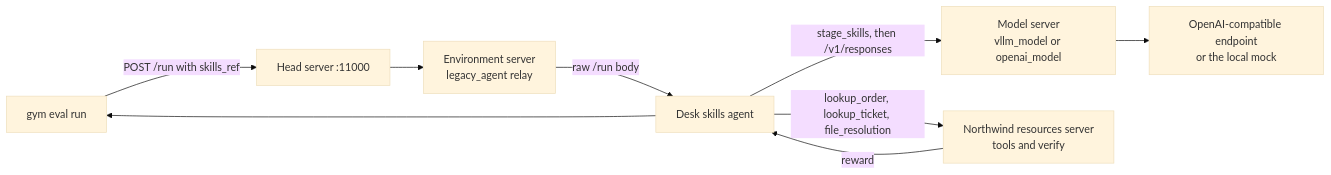
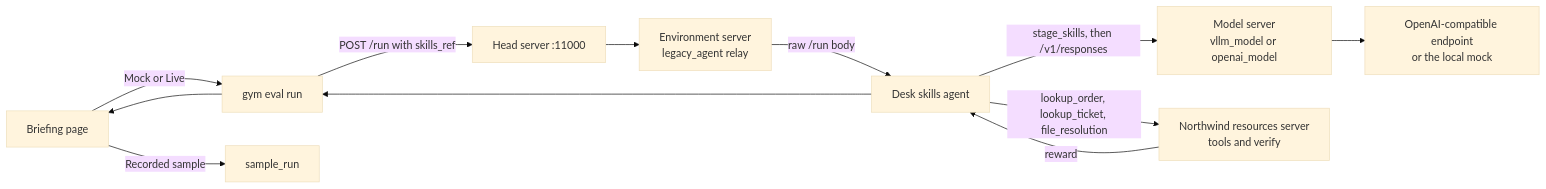
One commit to bhandary/nemo-gym-agent-skills-demo changed the diagram in README.md. Above: the diagram before and after it, drawn with Mermaid (base theme). The commit also changed other lines of this file and 34 other files, not shown here.

First line of the commit message:
Add a briefing page and a lean Railway image for the desk demo

````diff
--- a/README.md
+++ b/README.md
@@ -72,19 +80,24 @@
 ```mermaid
 flowchart LR
+  page["Briefing page"]
   eval["gym eval run"]
   head["Head server :11000"]
   env["Environment server\nlegacy_agent relay"]
   agent["Desk skills agent"]
   model["Model server\nvllm_model or openai_model"]
   upstream["OpenAI-compatible endpoint\nor the local mock"]
   desk["Northwind resources server\ntools and verify"]
+  sample["sample_run"]
 
+  page -->|"Recorded sample"| sample
+  page -->|"Mock or Live"| eval
   eval -->|"POST /run with skills_ref"| head
   head --> env
   env -->|"raw /run body"| agent
   agent -->|"stage_skills, then /v1/responses"| model
   model --> upstream
   agent -->|"lookup_order, lookup_ticket, file_resolution"| desk
   desk -->|"reward"| agent
   agent --> eval
+  eval --> page
 ```
````
